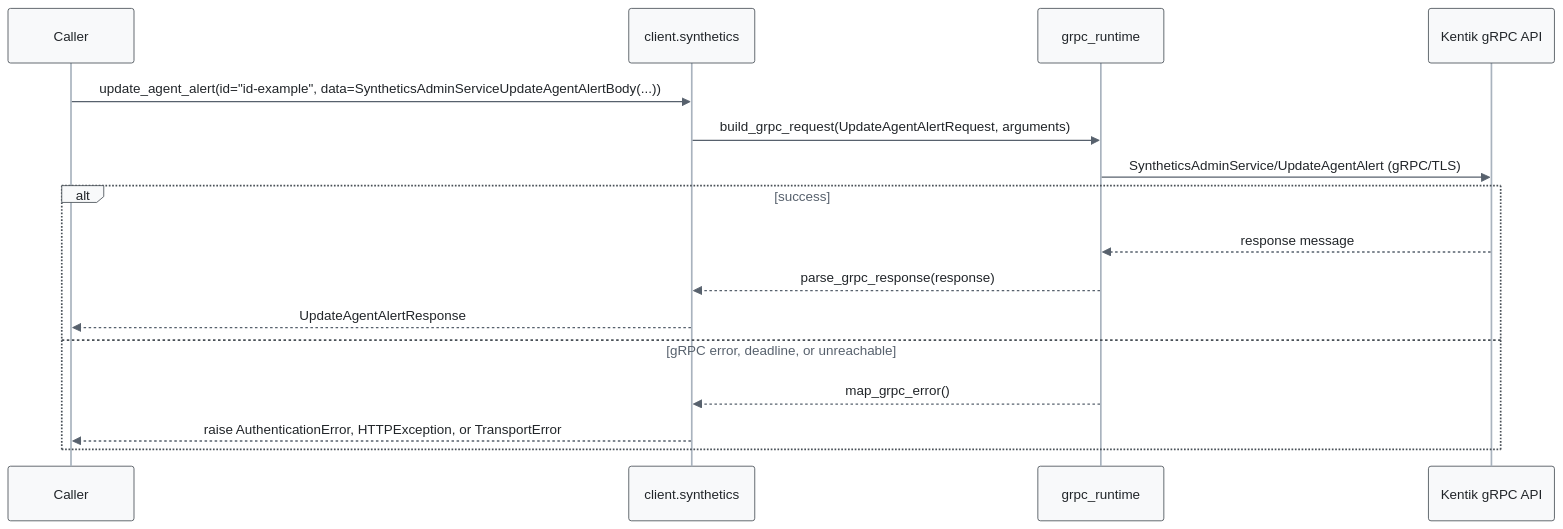
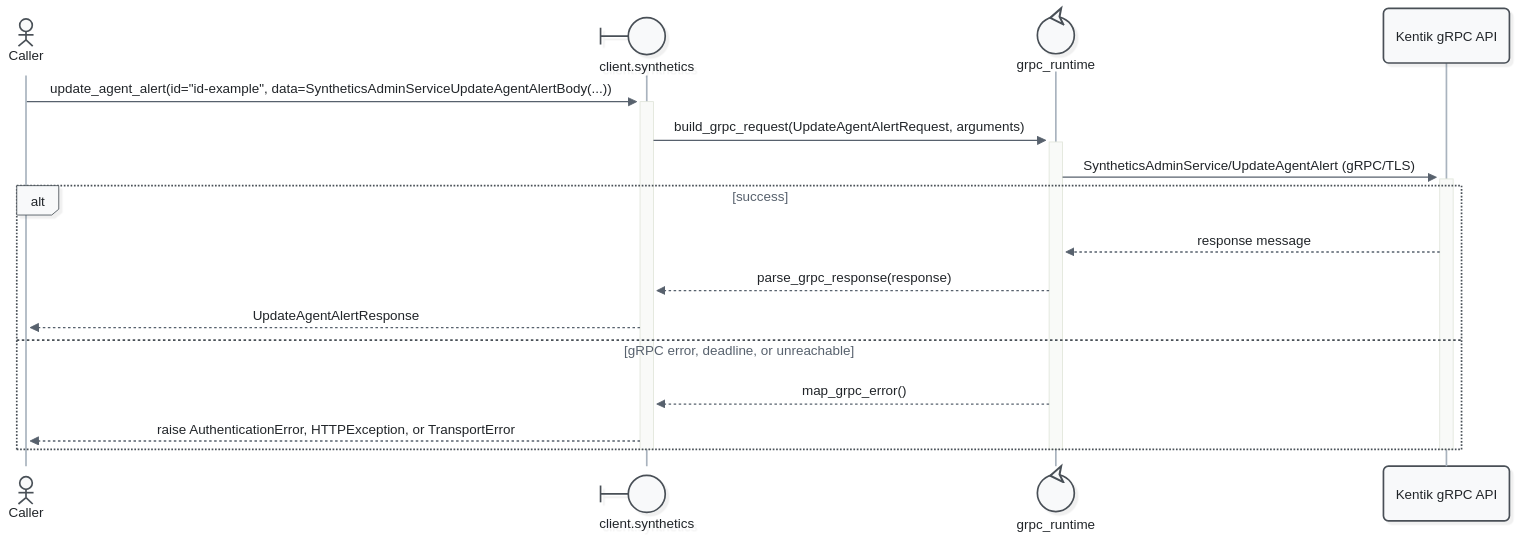
Before and after one commit to alexdearaujo/community_sdk_python: the eighth of 37 diagrams in docs/sphinx/services/synthetics.md, drawn with Mermaid. The commit also changed other lines of this file and 52 other files, not shown here.

First line of the commit message:
docs: Mermaid 12 sequence diagrams with participant types and path colors

````diff
--- a/docs/sphinx/services/synthetics.md
+++ b/docs/sphinx/services/synthetics.md
@@ -290,20 +307,23 @@
 ```mermaid
-%%{init: {"theme": "base", "fontFamily": "ui-monospace, SFMono-Regular, Menlo, monospace", "themeVariables": {"fontFamily": "ui-monospace, SFMono-Regular, Menlo, monospace", "primaryColor": "#f8f9fa", "primaryBorderColor": "#495057", "primaryTextColor": "#212529", "textColor": "#212529", "lineColor": "#77818c", "edgeLabelBackground": "#ffffff", "actorBkg": "#f8f9fa", "actorBorder": "#495057", "actorTextColor": "#212529", "actorLineColor": "#a9b3be", "signalColor": "#57616d", "signalTextColor": "#212529", "labelBoxBkgColor": "#f8f9fa", "labelBoxBorderColor": "#495057", "labelTextColor": "#212529", "loopTextColor": "#57616d", "noteBkgColor": "#fff9db", "noteBorderColor": "#f08c00", "noteTextColor": "#a35a00"}, "flowchart": {"curve": "step", "nodeSpacing": 30, "rankSpacing": 70, "wrappingWidth": 400}}}%%
+%%{init: {"theme": "redux", "look": "neo", "layout": "dagre", "fontFamily": "ui-monospace, SFMono-Regular, Menlo, monospace", "themeVariables": {"fontFamily": "ui-monospace, SFMono-Regular, Menlo, monospace", "primaryColor": "#f8f9fa", "primaryBorderColor": "#495057", "primaryTextColor": "#212529", "textColor": "#212529", "lineColor": "#77818c", "edgeLabelBackground": "#ffffff", "actorBkg": "#f8f9fa", "actorBorder": "#495057", "actorTextColor": "#212529", "actorLineColor": "#a9b3be", "signalColor": "#57616d", "signalTextColor": "#212529", "labelBoxBkgColor": "#f8f9fa", "labelBoxBorderColor": "#495057", "labelTextColor": "#212529", "loopTextColor": "#57616d", "noteBkgColor": "#fff9db", "noteBorderColor": "#f08c00", "noteTextColor": "#a35a00"}, "sequence": {"activationWidth": 16}, "flowchart": {"curve": "step", "nodeSpacing": 30, "rankSpacing": 70, "wrappingWidth": 400}}}%%
 sequenceDiagram
-    participant C as Caller
-    participant W as client.synthetics
-    participant R as grpc_runtime
+    actor C as Caller
+    participant W@{ "type": "boundary" } as client.synthetics
+    participant R@{ "type": "control" } as grpc_runtime
     participant API as Kentik gRPC API
 
-    C->>W: update_agent_alert(id="id-example", data=SyntheticsAdminServiceUpdateAgentAlertBody(...))
-    W->>R: build_grpc_request(UpdateAgentAlertRequest, arguments)
-    R->>API: SyntheticsAdminService/UpdateAgentAlert (gRPC/TLS)
+    C->>+W: update_agent_alert(id="id-example", data=SyntheticsAdminServiceUpdateAgentAlertBody(...))
+    W->>+R: build_grpc_request(UpdateAgentAlertRequest, arguments)
+    R->>+API: SyntheticsAdminService/UpdateAgentAlert (gRPC/TLS)
     alt success
         API-->>R: response message
         R-->>W: parse_grpc_response(response)
         W-->>C: UpdateAgentAlertResponse
     else gRPC error, deadline, or unreachable
         R-->>W: map_grpc_error()
         W-->>C: raise AuthenticationError, HTTPException, or TransportError
     end
+    deactivate API
+    deactivate R
+    deactivate W
 ```
````
